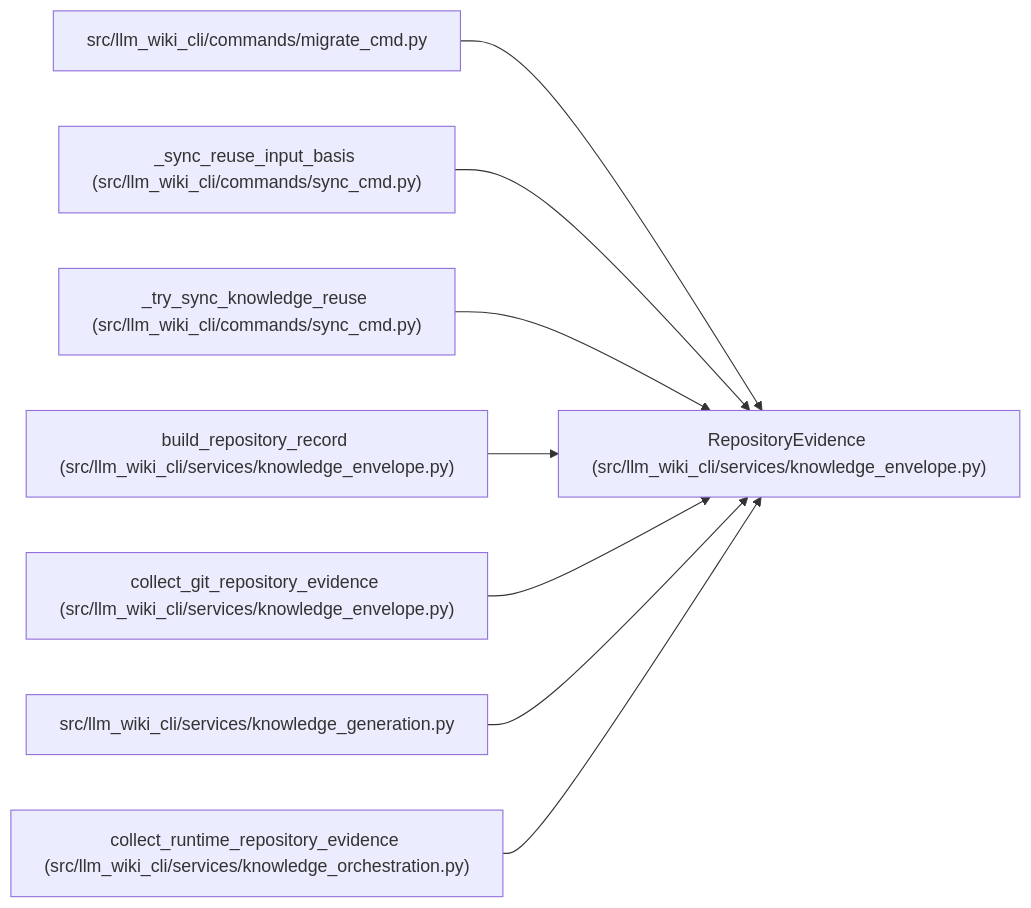
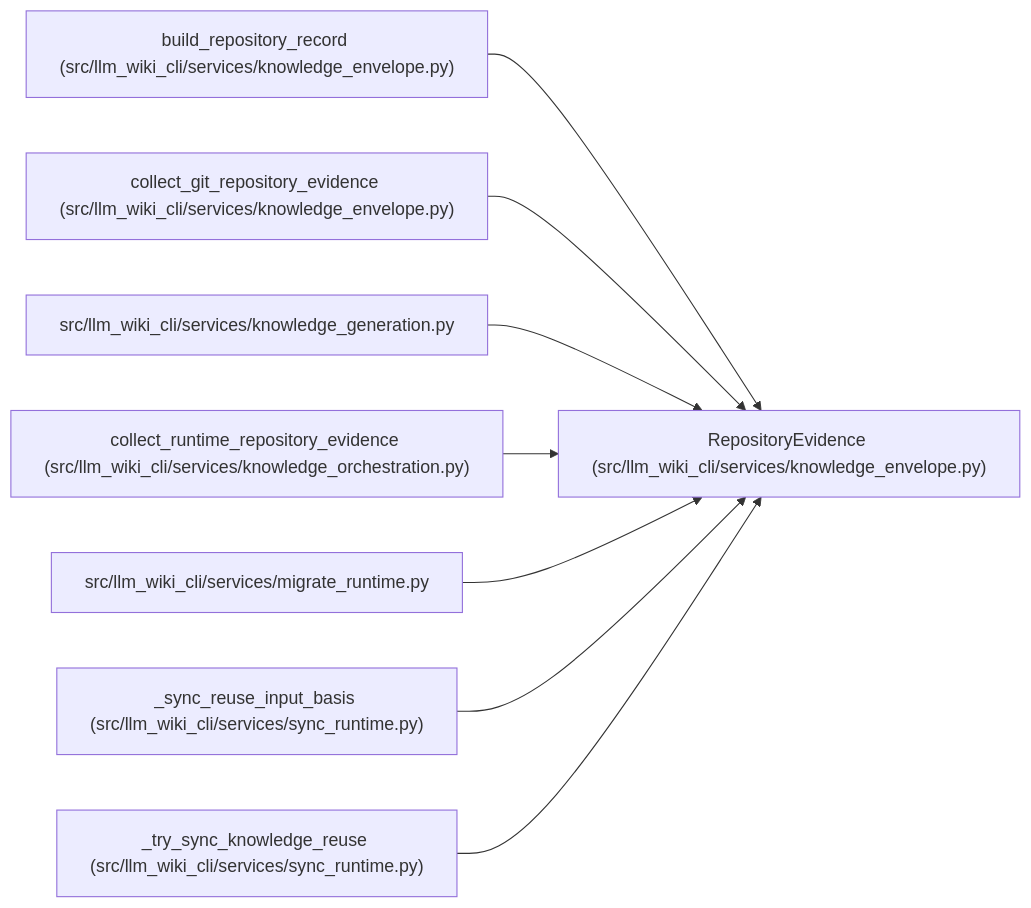
The diagram in docs/llm_wiki/entities/RepositoryEvidence.md (Denissvgn/python-wiki-llm), drawn with Mermaid before and after one commit. The commit also changed other lines of this file and 1555 other files, not shown here.

````diff
--- a/docs/llm_wiki/entities/RepositoryEvidence.md
+++ b/docs/llm_wiki/entities/RepositoryEvidence.md
@@ -32,26 +32,26 @@
 ```mermaid
 flowchart LR
     n0["RepositoryEvidence (src/llm_wiki_cli/services/knowledge_envelope.py)"]
-    n1["src/llm_wiki_cli/commands/migrate_cmd.py"]
-    n2["_sync_reuse_input_basis (src/llm_wiki_cli/commands/sync_cmd.py)"]
-    n3["_try_sync_knowledge_reuse (src/llm_wiki_cli/commands/sync_cmd.py)"]
-    n4["build_repository_record (src/llm_wiki_cli/services/knowledge_envelope.py)"]
-    n5["collect_git_repository_evidence (src/llm_wiki_cli/services/knowledge_envelope.py)"]
-    n6["src/llm_wiki_cli/services/knowledge_generation.py"]
-    n7["collect_runtime_repository_evidence (src/llm_wiki_cli/services/knowledge_orchestration.py)"]
+    n1["build_repository_record (src/llm_wiki_cli/services/knowledge_envelope.py)"]
+    n2["collect_git_repository_evidence (src/llm_wiki_cli/services/knowledge_envelope.py)"]
+    n3["src/llm_wiki_cli/services/knowledge_generation.py"]
+    n4["collect_runtime_repository_evidence (src/llm_wiki_cli/services/knowledge_orchestration.py)"]
+    n5["src/llm_wiki_cli/services/migrate_runtime.py"]
+    n6["_sync_reuse_input_basis (src/llm_wiki_cli/services/sync_runtime.py)"]
+    n7["_try_sync_knowledge_reuse (src/llm_wiki_cli/services/sync_runtime.py)"]
     n1 --> n0
     n2 --> n0
     n3 --> n0
     n4 --> n0
     n5 --> n0
     n6 --> n0
     n7 --> n0
     click n0 "../modules/knowledge_envelope.md"
-    click n1 "../modules/migrate_cmd.md"
-    click n2 "../modules/sync_cmd.md"
-    click n3 "../modules/sync_cmd.md"
-    click n4 "../modules/knowledge_envelope.md"
-    click n5 "../modules/knowledge_envelope.md"
-    click n6 "../modules/knowledge_generation.md"
-    click n7 "../modules/knowledge_orchestration.md"
+    click n1 "../modules/knowledge_envelope.md"
+    click n2 "../modules/knowledge_envelope.md"
+    click n3 "../modules/knowledge_generation.md"
+    click n4 "../modules/knowledge_orchestration.md"
+    click n5 "../modules/migrate_runtime.md"
+    click n6 "../modules/sync_runtime.md"
+    click n7 "../modules/sync_runtime.md"
 ```
````
